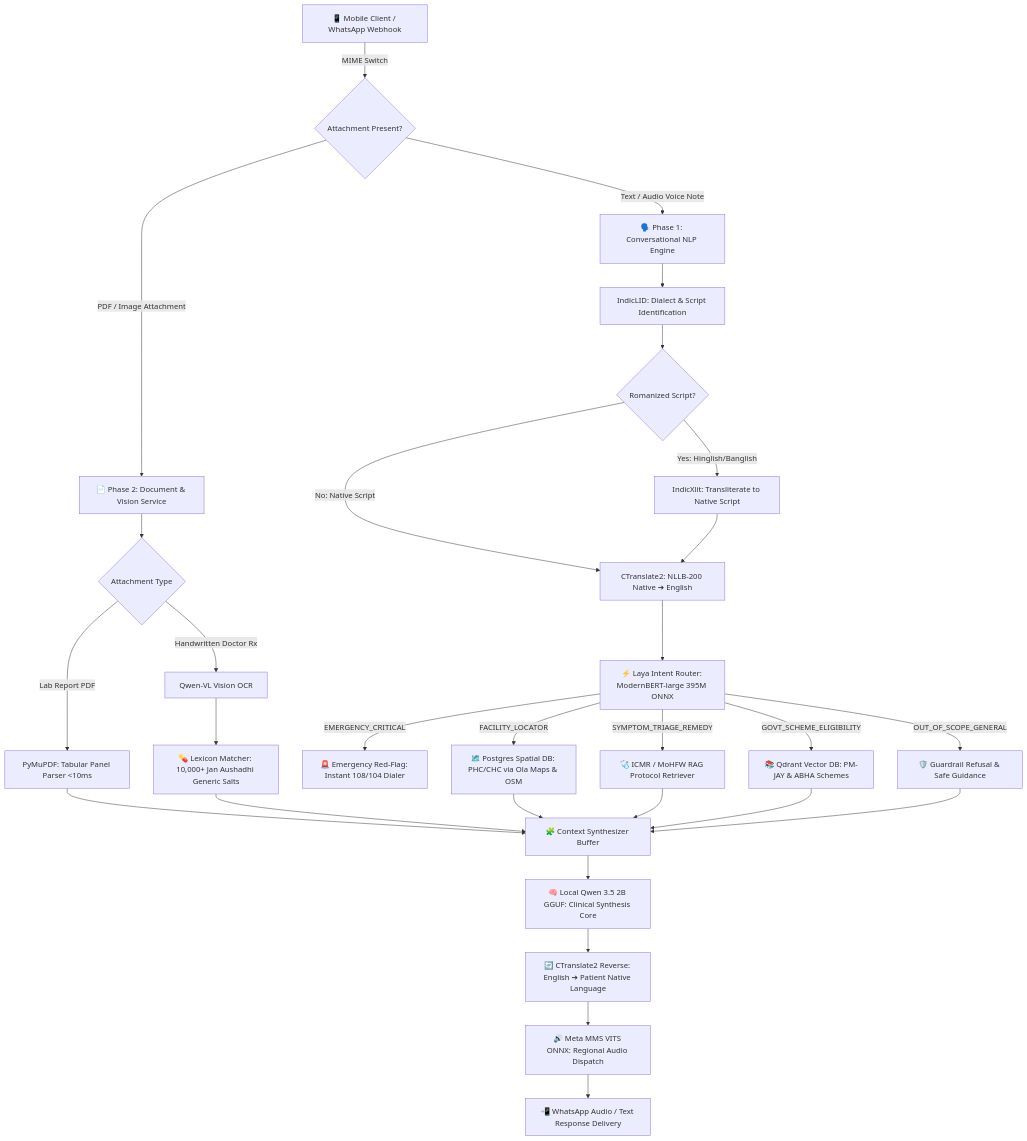
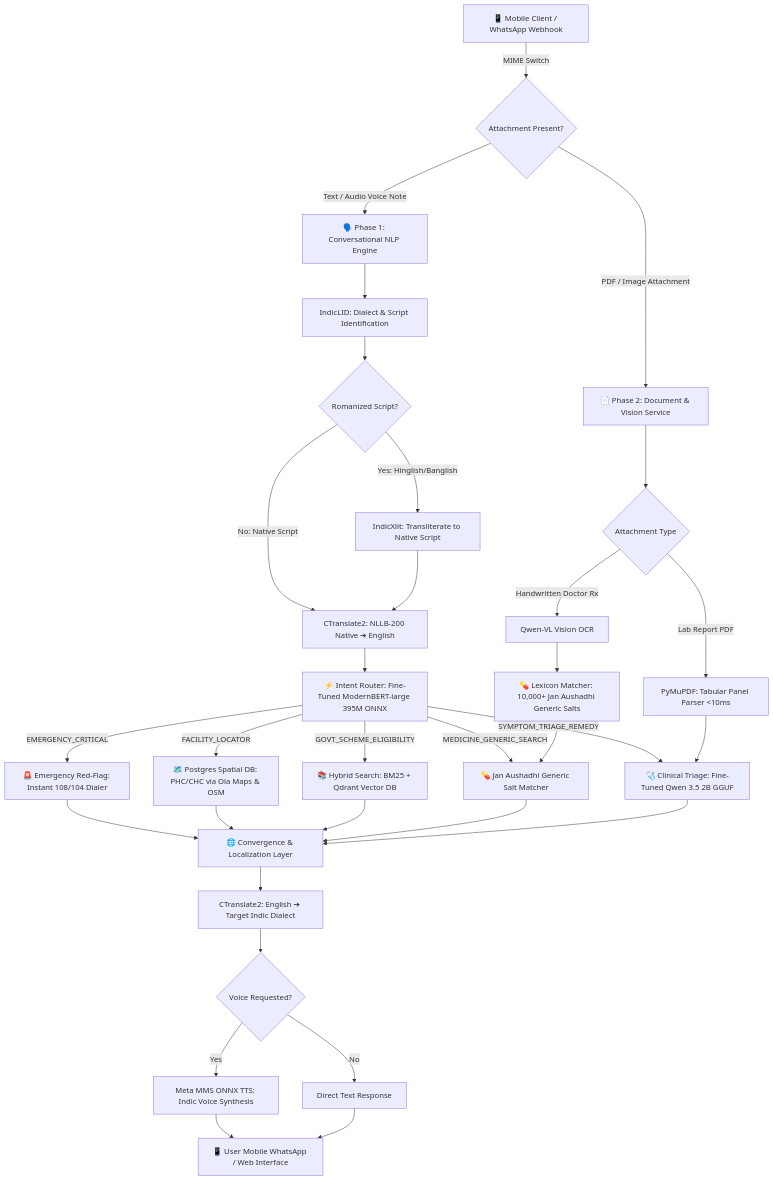
One commit to suyash-rgb/AarogyaMitra changed the diagram in README.md. Above: the diagram before and after it, drawn with Mermaid. The commit also changed other lines of this file, not shown here.

Commit message:
docs: jev & laya alt

````diff
--- a/README.md
+++ b/README.md
@@ -78,40 +83,45 @@
 ```mermaid
 graph TD
     A[📱 Mobile Client / WhatsApp Webhook] -->|MIME Switch| B{Attachment Present?}
     
     %% Track A: Voice & Text
     B -->|Text / Audio Voice Note| C[🗣️ Phase 1: Conversational NLP Engine]
     C --> C1[IndicLID: Dialect & Script Identification]
     C1 --> C2{Romanized Script?}
     C2 -->|Yes: Hinglish/Banglish| C3[IndicXlit: Transliterate to Native Script]
     C2 -->|No: Native Script| C4[CTranslate2: NLLB-200 Native ➔ English]
     C3 --> C4
-    C4 --> C5[⚡ Laya Intent Router: ModernBERT-large 395M ONNX]
+    C4 --> C5[⚡ Intent Router: Fine-Tuned ModernBERT-large 395M ONNX]
     
     %% Track B: Documents & Vision
     B -->|PDF / Image Attachment| D[📄 Phase 2: Document & Vision Service]
     D --> D1{Attachment Type}
     D1 -->|Lab Report PDF| D2[PyMuPDF: Tabular Panel Parser <10ms]
     D1 -->|Handwritten Doctor Rx| D3[Qwen-VL Vision OCR]
     D3 --> D4[💊 Lexicon Matcher: 10,000+ Jan Aushadhi Generic Salts]
     
     %% Downstream Handlers
     C5 -->|EMERGENCY_CRITICAL| H1[🚨 Emergency Red-Flag: Instant 108/104 Dialer]
     C5 -->|FACILITY_LOCATOR| H2[🗺️ Postgres Spatial DB: PHC/CHC via Ola Maps & OSM]
-    C5 -->|SYMPTOM_TRIAGE_REMEDY| H3[🩺 ICMR / MoHFW RAG Protocol Retriever]
-    C5 -->|GOVT_SCHEME_ELIGIBILITY| H4[📚 Qdrant Vector DB: PM-JAY & ABHA Schemes]
-    C5 -->|OUT_OF_SCOPE_GENERAL| H5[🛡️ Guardrail Refusal & Safe Guidance]
+    C5 -->|GOVT_SCHEME_ELIGIBILITY| H3[📚 Hybrid Search: BM25 + Qdrant Vector DB]
+    C5 -->|MEDICINE_GENERIC_SEARCH| H4[💊 Jan Aushadhi Generic Salt Matcher]
+    C5 -->|SYMPTOM_TRIAGE_REMEDY| H5[🩺 Clinical Triage: Fine-Tuned Qwen 3.5 2B GGUF]
     
-    %% Convergence & Egress
-    D2 --> E[🧩 Context Synthesizer Buffer]
-    D4 --> E
+    %% Document Feed into Downstream
+    D2 --> H5
+    D4 --> H4
+    
+    %% Convergence & Localization
+    H1 --> E[🌐 Convergence & Localization Layer]
     H2 --> E
     H3 --> E
     H4 --> E
     H5 --> E
     
-    E --> F[🧠 Local Qwen 3.5 2B GGUF: Clinical Synthesis Core]
-    F --> G[🔄 CTranslate2 Reverse: English ➔ Patient Native Language]
-    G --> I[🔊 Meta MMS VITS ONNX: Regional Audio Dispatch]
-    I --> J[📲 WhatsApp Audio / Text Response Delivery]
+    E --> E1[CTranslate2: English ➔ Target Indic Dialect]
+    E1 --> E2{Voice Requested?}
+    E2 -->|Yes| E3[Meta MMS ONNX TTS: Indic Voice Synthesis]
+    E2 -->|No| E4[Direct Text Response]
+    E3 --> F[📱 User Mobile WhatsApp / Web Interface]
+    E4 --> F
 ```
````
